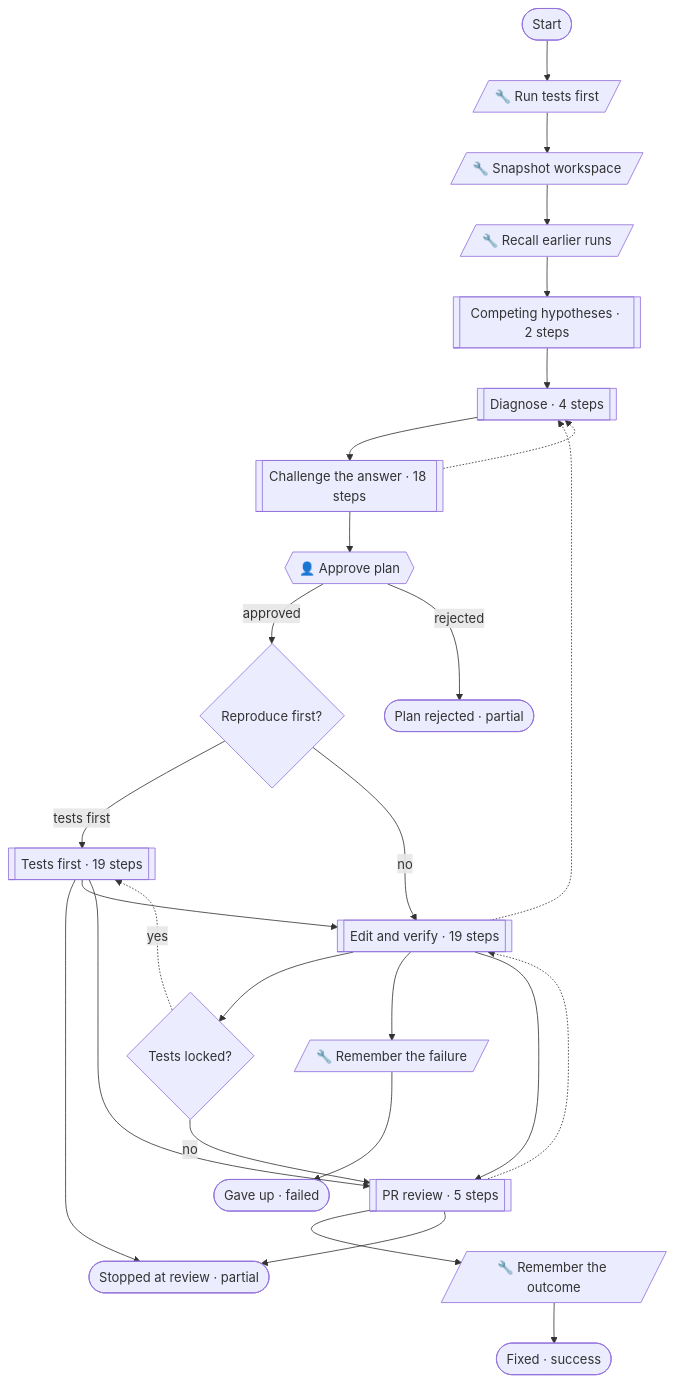
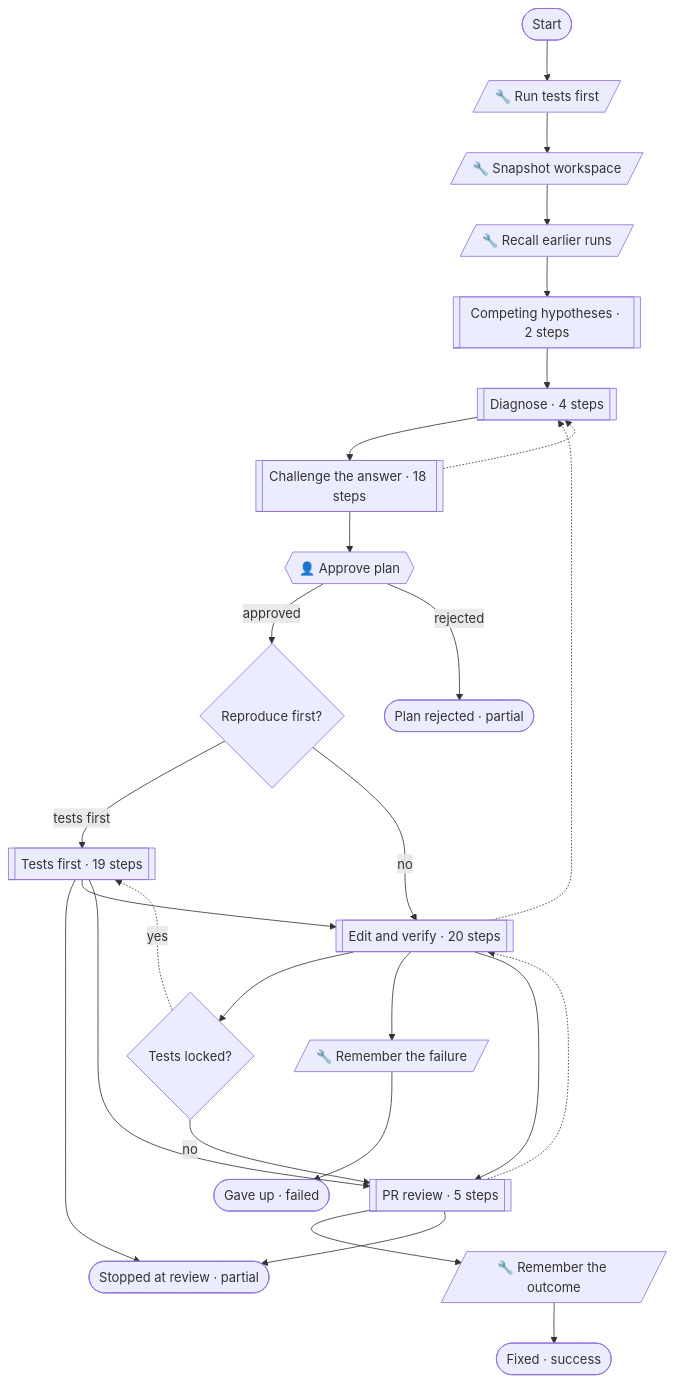
The second of 7 diagrams in docs/patterns.md (pirty6/symphony-core), drawn with Mermaid before and after one commit. The commit also changed other lines of this file and 5 other files, not shown here.

````diff
--- a/docs/patterns.md
+++ b/docs/patterns.md
@@ -201,48 +201,48 @@
 ```mermaid
 flowchart TD
   n_start(["Start"])
   n_baseline[/"🔧 Run tests first"/]
   n_snapshot[/"🔧 Snapshot workspace"/]
   n_recall[/"🔧 Recall earlier runs"/]
   n_approve{{"👤 Approve plan"}}
   n_reproduceFirstOn{"Reproduce first?"}
   n_reproduced{"Tests locked?"}
   n_reviewStopped(["Stopped at review · partial"])
   n_learnFixed[/"🔧 Remember the outcome"/]
   n_learnFailed[/"🔧 Remember the failure"/]
   n_fixed(["Fixed · success"])
   n_gaveUp(["Gave up · failed"])
   n_rejected(["Plan rejected · partial"])
   n_hypothesesPhase[["Competing hypotheses · 2 steps"]]
   n_diagnosePhase[["Diagnose · 4 steps"]]
   n_challengePhase[["Challenge the answer · 18 steps"]]
   n_testFirstPhase[["Tests first · 19 steps"]]
-  n_editPhase[["Edit and verify · 19 steps"]]
+  n_editPhase[["Edit and verify · 20 steps"]]
   n_prReviewPhase[["PR review · 5 steps"]]
   n_start --> n_baseline
   n_baseline --> n_snapshot
   n_snapshot --> n_recall
   n_recall --> n_hypothesesPhase
   n_learnFixed --> n_fixed
   n_learnFailed --> n_gaveUp
   n_hypothesesPhase --> n_diagnosePhase
   n_diagnosePhase --> n_challengePhase
   n_challengePhase --> n_approve
   n_challengePhase -.-> n_diagnosePhase
   n_approve -->|"approved"| n_reproduceFirstOn
   n_reproduceFirstOn -->|"tests first"| n_testFirstPhase
   n_reproduceFirstOn -->|"no"| n_editPhase
   n_reproduced -.->|"yes"| n_testFirstPhase
   n_reproduced -->|"no"| n_prReviewPhase
   n_testFirstPhase --> n_reviewStopped
   n_testFirstPhase --> n_editPhase
   n_testFirstPhase --> n_prReviewPhase
   n_approve -->|"rejected"| n_rejected
   n_editPhase --> n_reproduced
   n_editPhase --> n_learnFailed
   n_editPhase --> n_prReviewPhase
   n_editPhase -.-> n_diagnosePhase
   n_prReviewPhase --> n_learnFixed
   n_prReviewPhase -.-> n_editPhase
   n_prReviewPhase --> n_reviewStopped
 ```
````
